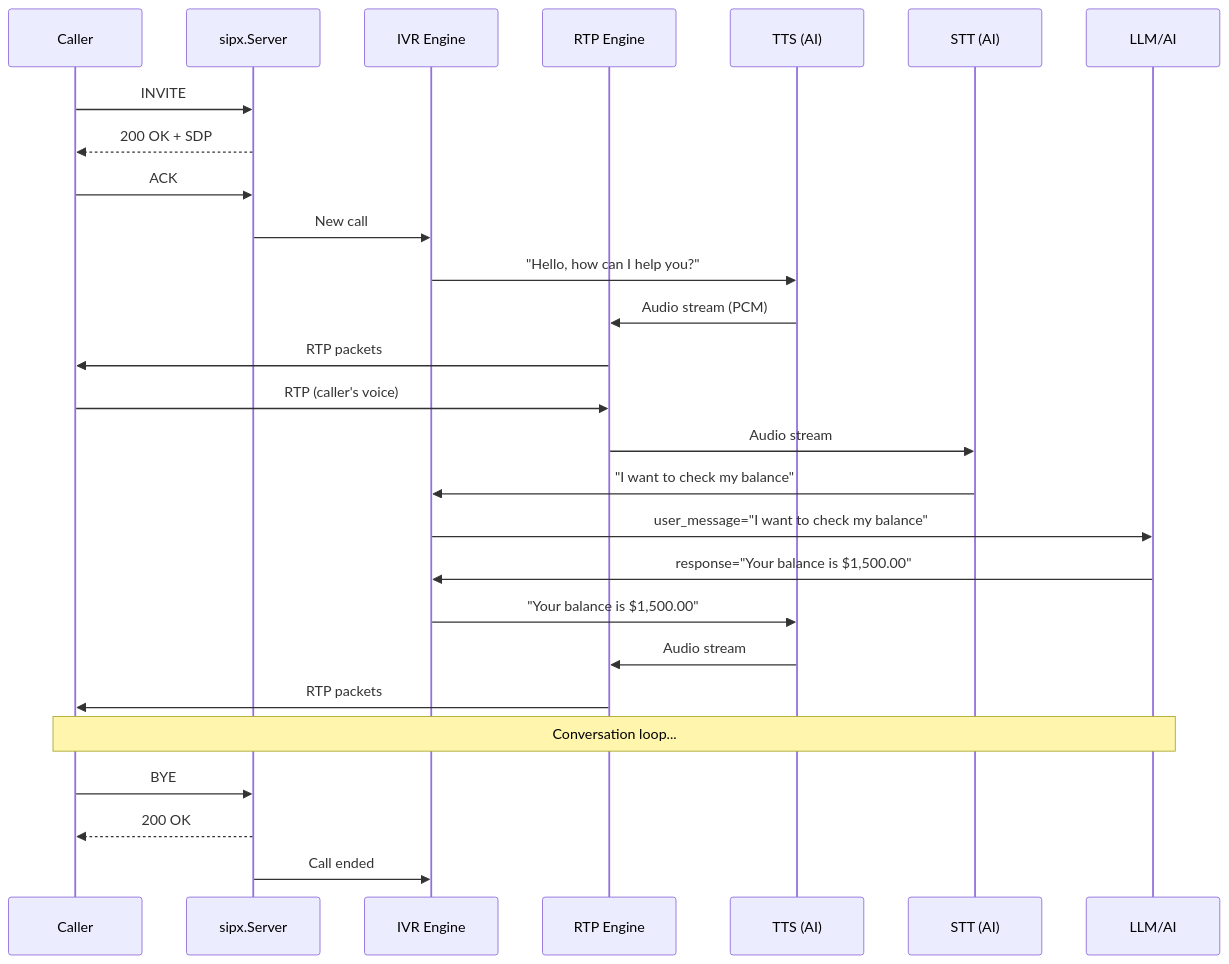
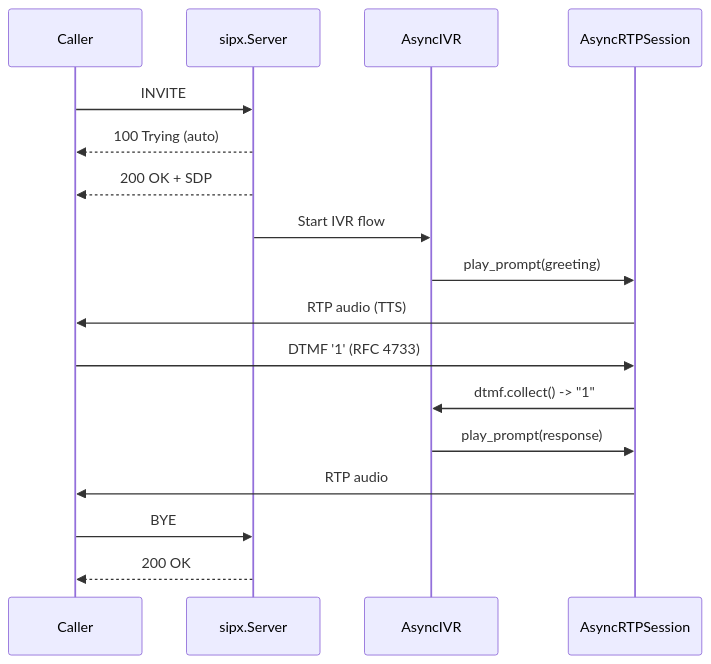
Before and after one commit to oornnery/sipx: the eighth of 9 diagrams in docs/SDD.md, drawn with Mermaid. The commit also changed other lines of this file and 18 other files, not shown here.

````diff
--- a/docs/SDD.md
+++ b/docs/SDD.md
@@ -563,35 +621,24 @@
 ```mermaid
 sequenceDiagram
-    participant Caller as Caller
+    participant Caller
     participant SIP as sipx.Server
-    participant IVR as IVR Engine
-    participant RTP as RTP Engine
-    participant TTS as TTS (AI)
-    participant STT as STT (AI)
-    participant AI as LLM/AI
+    participant IVR as AsyncIVR
+    participant RTP as AsyncRTPSession
 
     Caller->>SIP: INVITE
+    SIP-->>Caller: 100 Trying (auto)
     SIP-->>Caller: 200 OK + SDP
-    Caller->>SIP: ACK
 
-    SIP->>IVR: New call
-    IVR->>TTS: "Hello, how can I help you?"
-    TTS->>RTP: Audio stream (PCM)
-    RTP->>Caller: RTP packets
+    SIP->>IVR: Start IVR flow
+    IVR->>RTP: play_prompt(greeting)
+    RTP->>Caller: RTP audio (TTS)
 
-    Caller->>RTP: RTP (caller's voice)
-    RTP->>STT: Audio stream
-    STT->>IVR: "I want to check my balance"
+    Caller->>RTP: DTMF '1' (RFC 4733)
+    RTP->>IVR: dtmf.collect() -> "1"
 
-    IVR->>AI: user_message="I want to check my balance"
-    AI->>IVR: response="Your balance is $1,500.00"
-    IVR->>TTS: "Your balance is $1,500.00"
-    TTS->>RTP: Audio stream
-    RTP->>Caller: RTP packets
-
-    Note over Caller,AI: Conversation loop...
+    IVR->>RTP: play_prompt(response)
+    RTP->>Caller: RTP audio
 
     Caller->>SIP: BYE
     SIP-->>Caller: 200 OK
-    SIP->>IVR: Call ended
 ```
````
